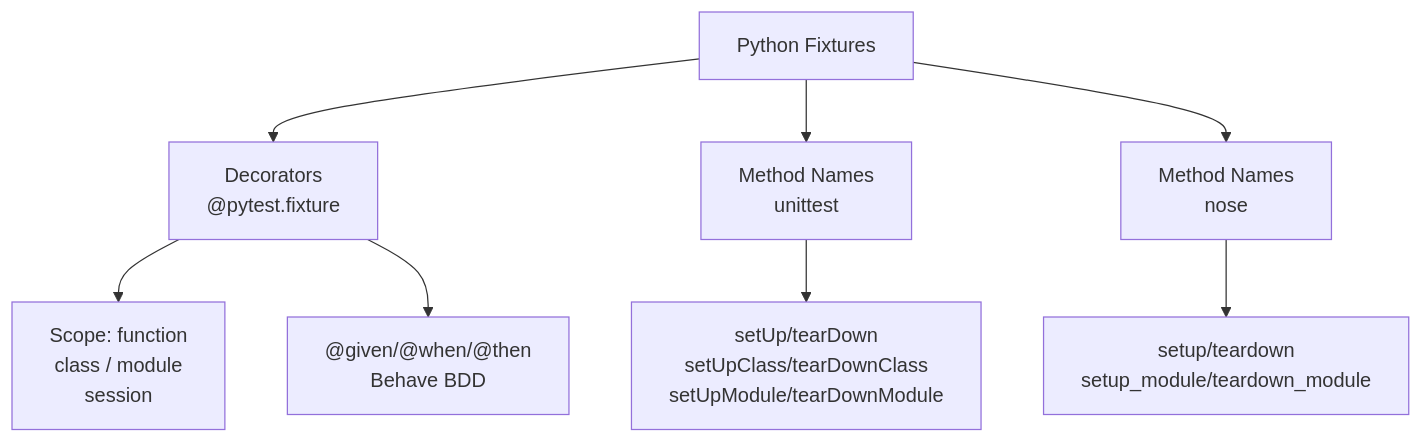
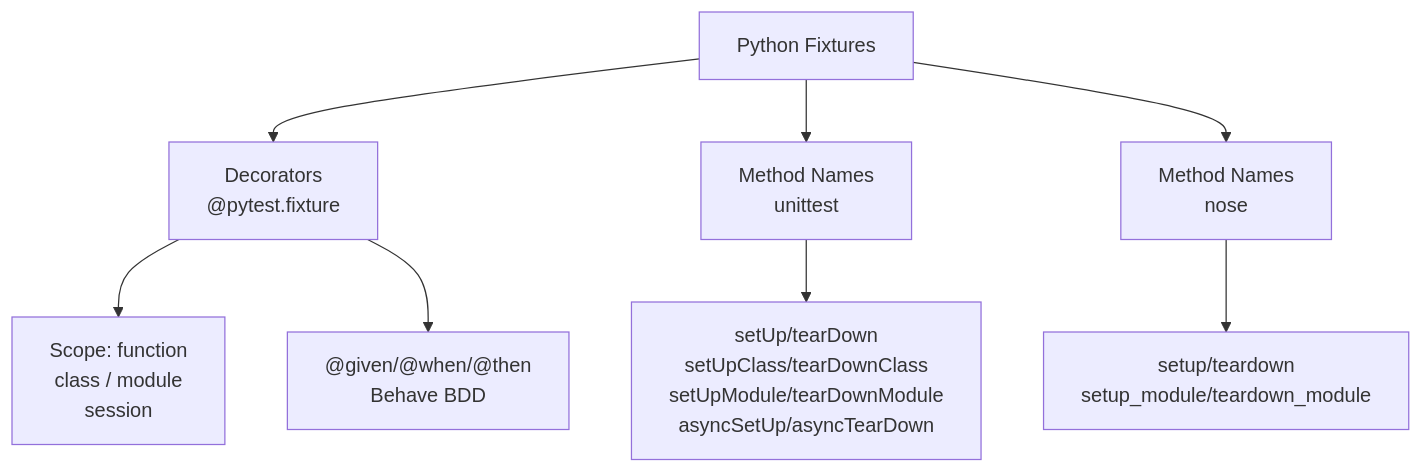
Before and after one commit to joaofix/fixturedb: the first of 3 diagrams in docs/usage/fixture-patterns-reference.md, drawn with Mermaid. The commit also changed other lines of this file and 5 other files, not shown here.

````diff
--- a/docs/usage/fixture-patterns-reference.md
+++ b/docs/usage/fixture-patterns-reference.md
@@ -674,11 +677,11 @@
 ```mermaid
 graph TD
     A["Python Fixtures"]
     A --> B["Decorators<br/>@pytest.fixture"]
     B --> B1["Scope: function<br/>class / module<br/>session"]
     B --> B2["@given/@when/@then<br/>Behave BDD"]
     A --> C["Method Names<br/>unittest"]
-    C --> C1["setUp/tearDown<br/>setUpClass/tearDownClass<br/>setUpModule/tearDownModule"]
+    C --> C1["setUp/tearDown<br/>setUpClass/tearDownClass<br/>setUpModule/tearDownModule<br/>asyncSetUp/asyncTearDown"]
     A --> D["Method Names<br/>nose"]
     D --> D1["setup/teardown<br/>setup_module/teardown_module"]
 ```
````
